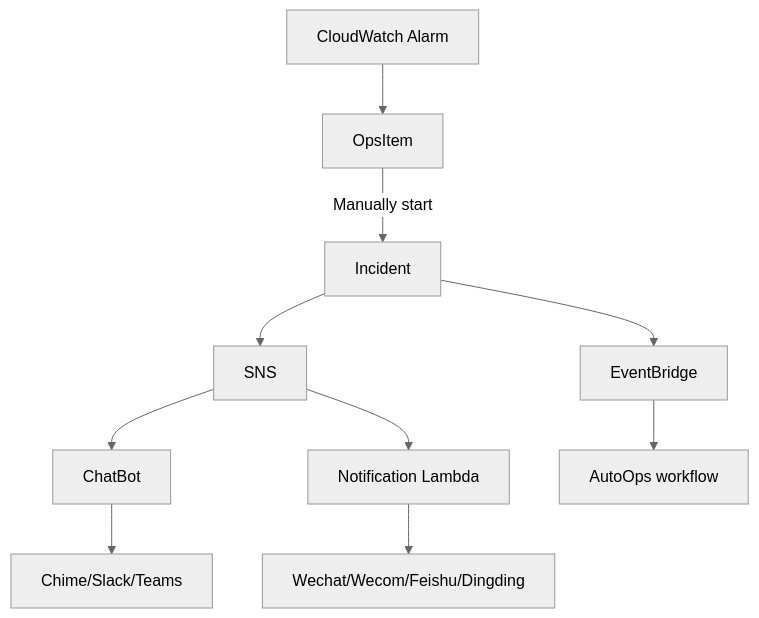
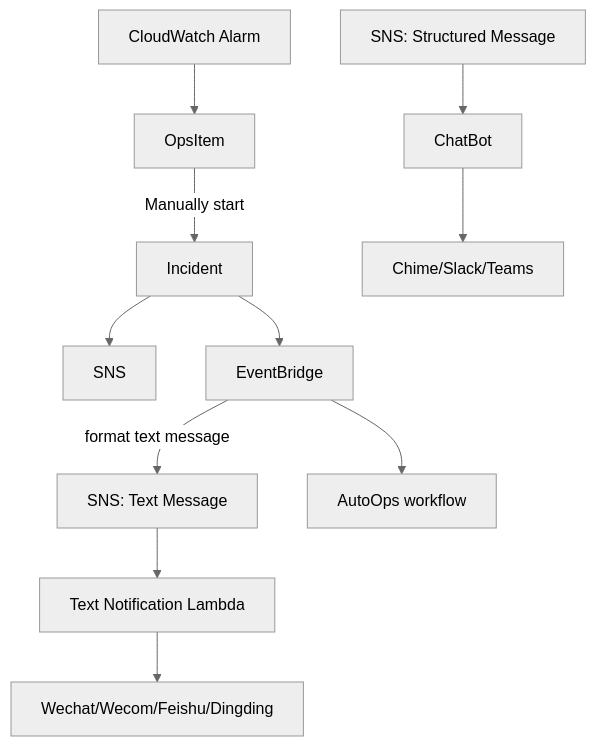
The first of 2 diagrams in README.md (lprincewhn/AutoOps), drawn with Mermaid (neutral theme) before and after one commit. The commit also changed other lines of this file and 9 other files, not shown here.

````diff
--- a/README.md
+++ b/README.md
@@ -6,12 +8,13 @@
 ```mermaid
 flowchart TD
     CloudWatch["CloudWatch Alarm"] --> OpsItem;
     OpsItem --> |Manually start|Incident;
     Incident --> SNS;
-	SNS --> ChatBot;
-	SNS --> Lambda["Notification Lambda"];
+	SNSStructured["SNS: Structured Message"] --> ChatBot;
+	SNSText["SNS: Text Message"] --> Lambda["Text Notification Lambda"];
 	ChatBot --> Chime/Slack/Teams;
 	Lambda --> Wechat/Wecom/Feishu/Dingding;
 	Incident --> EventBridge;
+	EventBridge --> |format text message|SNSText;
 	EventBridge --> StepFunction["AutoOps workflow"];
 ```
````
